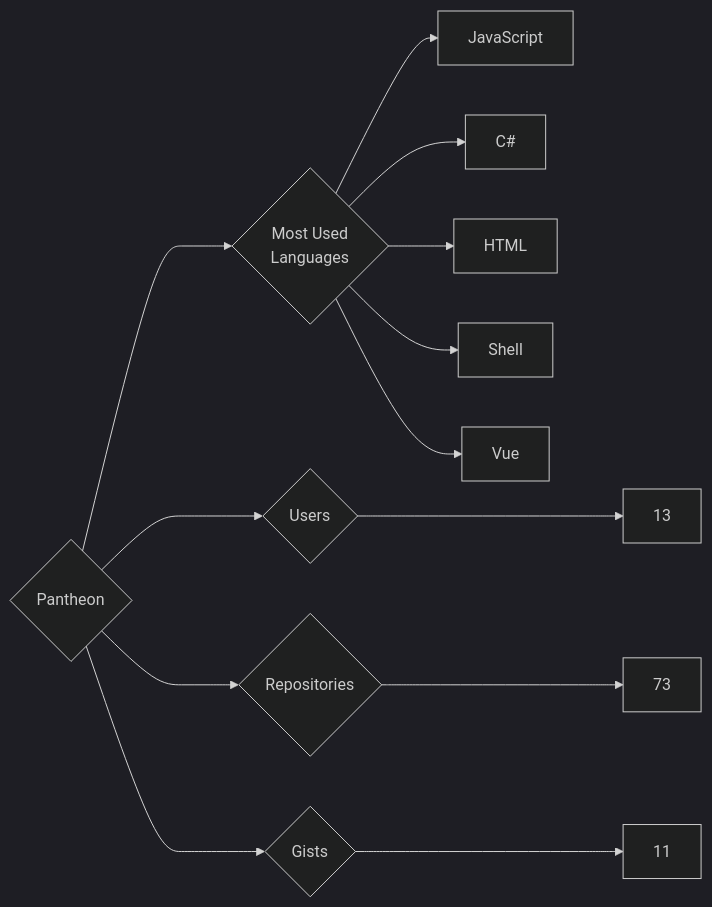
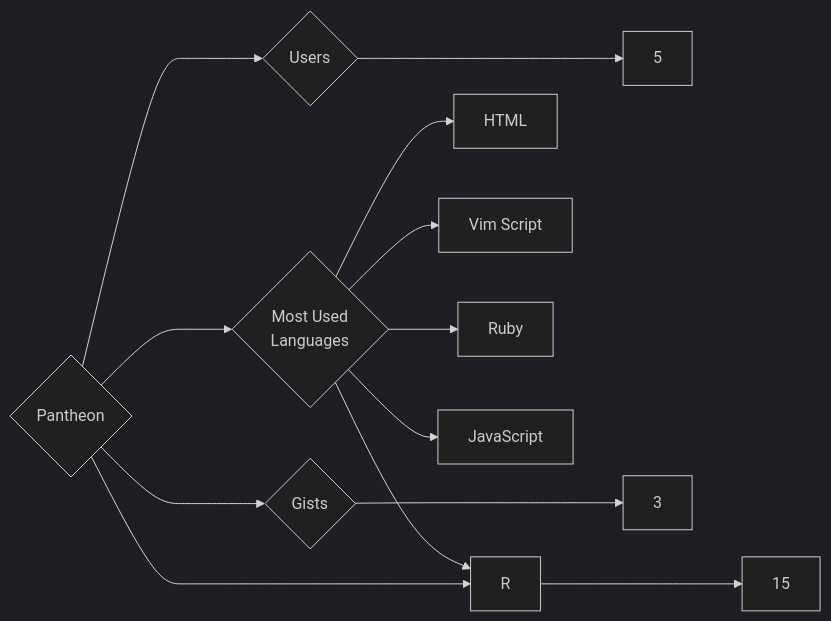
The diagram in targets/Pantheon/README.md (trickest/insiders), drawn with Mermaid (dark theme) before and after one commit. The commit also changed 748 other files, not shown here.

````diff
--- a/targets/Pantheon/README.md
+++ b/targets/Pantheon/README.md
@@ -3,13 +3,13 @@
 ```mermaid
 graph LR
 COMPANY_NAME{Pantheon}
-COMPANY_NAME ---> U{Users} ---> UN[13]
-COMPANY_NAME ---> R{Repositories} ---> RN[73]
-COMPANY_NAME ---> G{Gists} ---> GN[11]
+COMPANY_NAME ---> U{Users} ---> UN[5]
+COMPANY_NAME ---> R{Repositories} ---> RN[15]
+COMPANY_NAME ---> G{Gists} ---> GN[3]
 COMPANY_NAME ---> ML{Most Used<br>Languages}
+ML --> HTML[HTML]
+ML --> R[R]
+ML --> Vim_Script[Vim Script]
+ML --> Ruby[Ruby]
 ML --> JavaScript[JavaScript]
-ML --> C#[C#]
-ML --> HTML[HTML]
-ML --> Shell[Shell]
-ML --> Vue[Vue]
 ```
````
